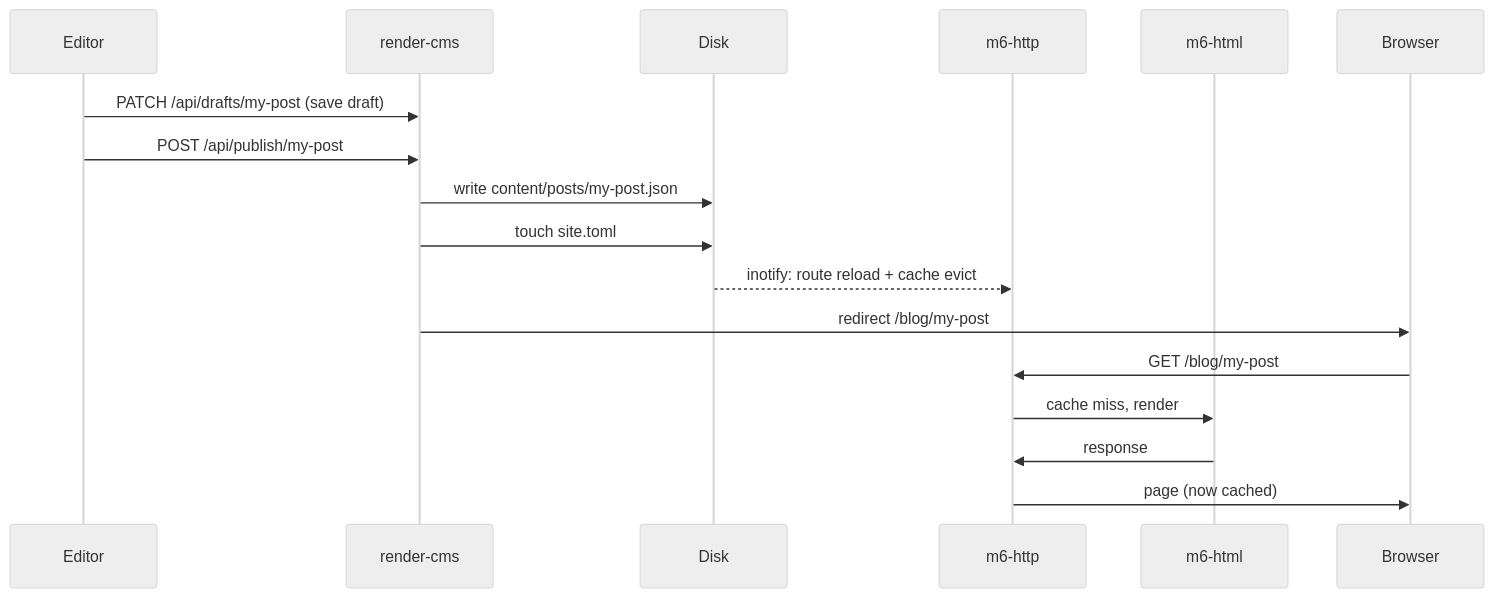
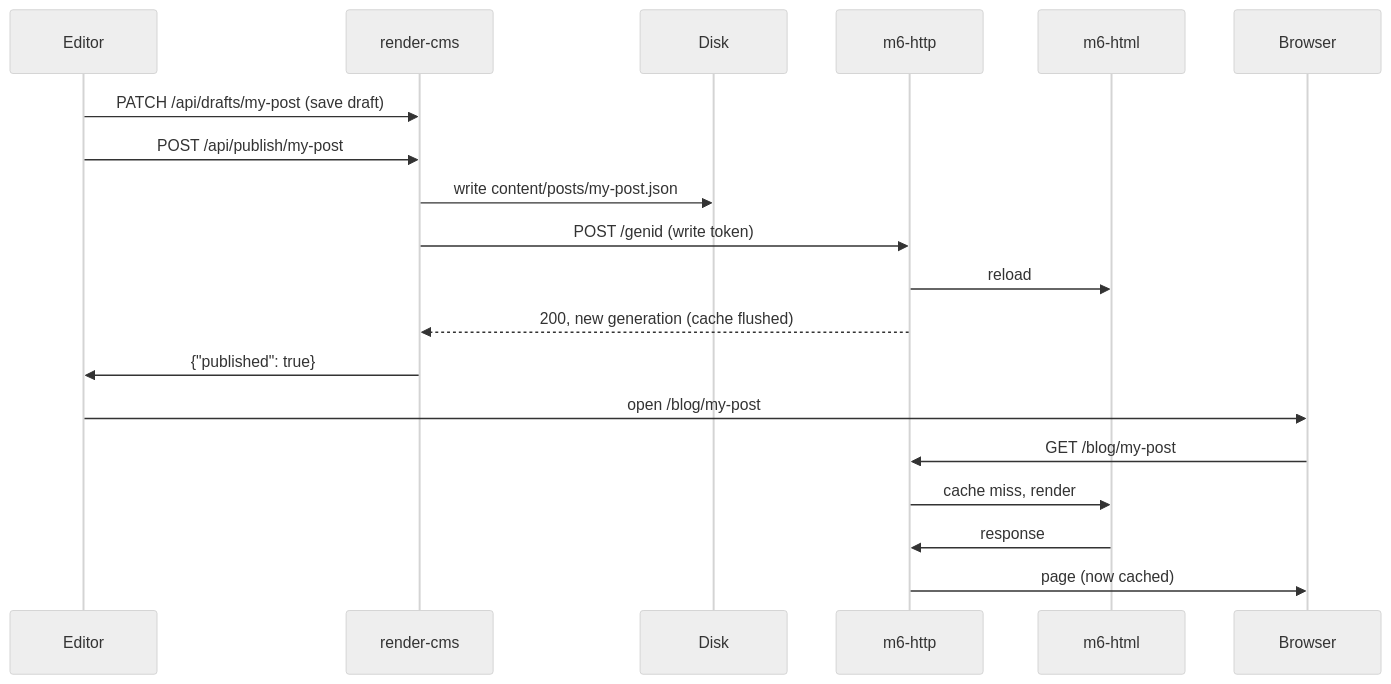
The diagram in examples/04-auth/content/posts/guide-05-cms.md (mgrosvenor/m6-examples), drawn with Mermaid (neutral theme) before and after one commit. The commit also changed other lines of this file and 211 other files, not shown here.

```diff
--- a/examples/04-auth/content/posts/guide-05-cms.md
+++ b/examples/04-auth/content/posts/guide-05-cms.md
@@ -330,20 +319,22 @@
 <pre class="mermaid">
 sequenceDiagram
     participant Editor
     participant rcms as render-cms
     participant Disk
     participant mhttp as m6-http
     participant mhtml as m6-html
     participant Browser
 
     Editor->>rcms: PATCH /api/drafts/my-post (save draft)
     Editor->>rcms: POST /api/publish/my-post
     rcms->>Disk: write content/posts/my-post.json
-    rcms->>Disk: touch site.toml
-    Disk-->>mhttp: inotify: route reload + cache evict
-    rcms->>Browser: redirect /blog/my-post
+    rcms->>mhttp: POST /genid (write token)
+    mhttp->>mhtml: reload
+    mhttp-->>rcms: 200, new generation (cache flushed)
+    rcms->>Editor: {"published": true}
+    Editor->>Browser: open /blog/my-post
     Browser->>mhttp: GET /blog/my-post
     mhttp->>mhtml: cache miss, render
     mhtml->>mhttp: response
     mhttp->>Browser: page (now cached)
 </pre>
```
